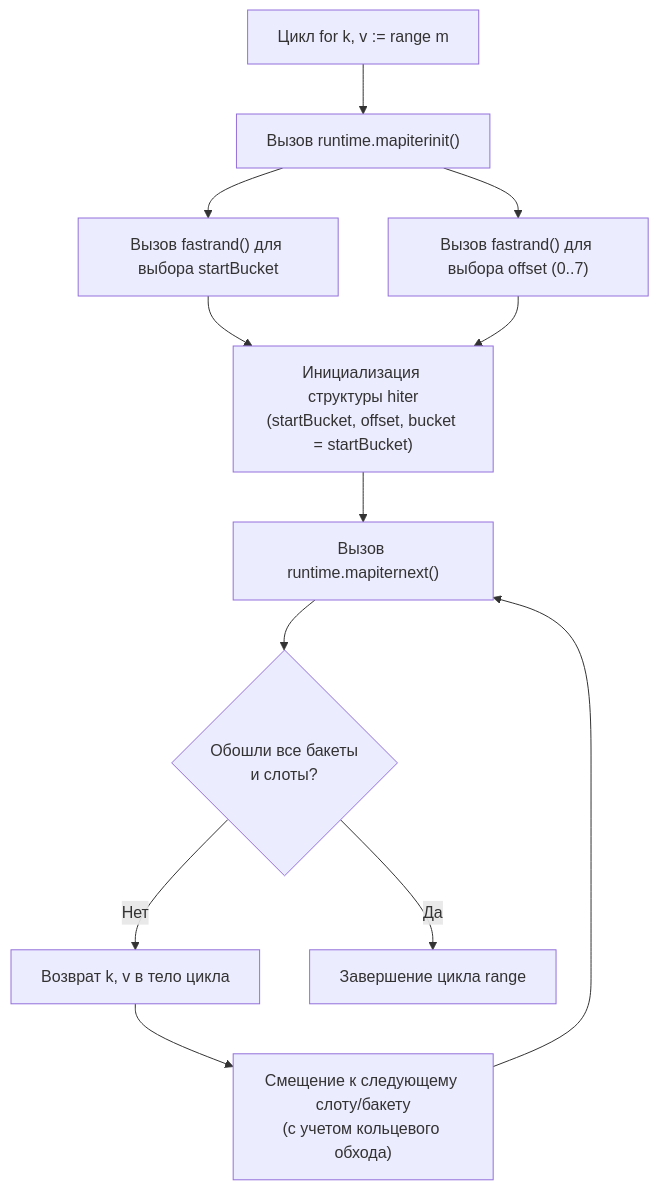
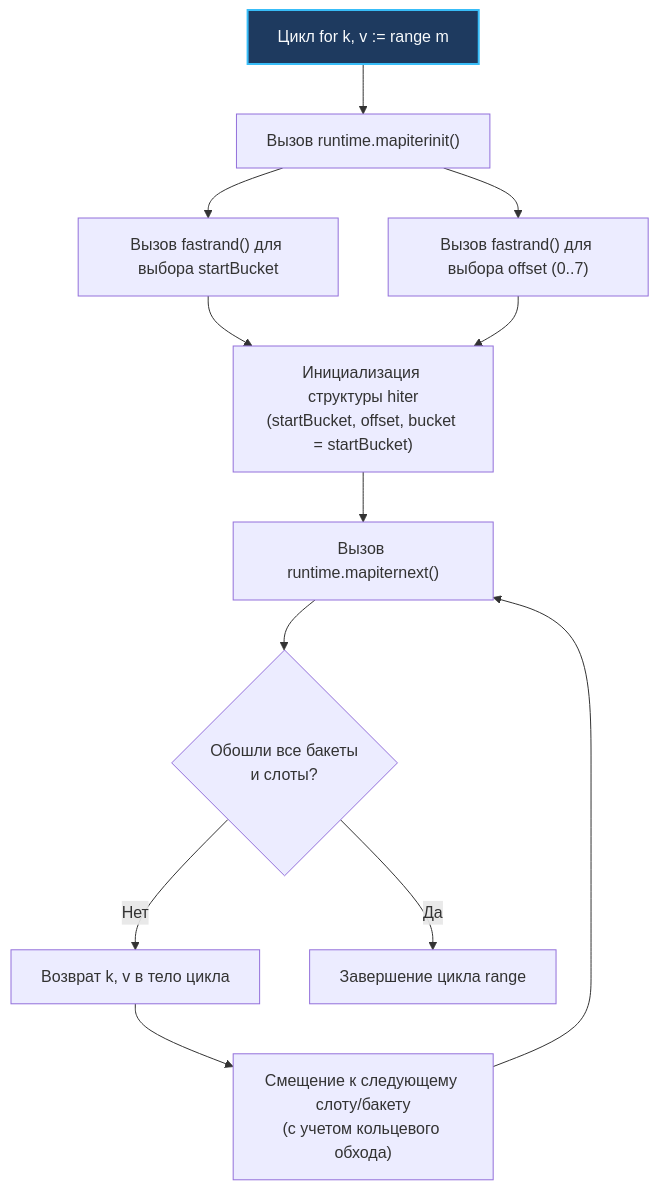
Before and after one commit to UnrealTemplier/go-textbook: the first of 2 diagrams in sources/7. Глубокий Go (Внутреннее устройство)/33. Почему iteration по map случайный.md, drawn with Mermaid. The commit also changed other lines of this file and 1666 other files, not shown here.

First line of the commit message:
feat(mermaid): add semantic color classDef to 1369 colorless flowchart/graph diagrams

````diff
--- a/sources/7. Глубокий Go (Внутреннее устройство)/33. Почему iteration по map случайный.md
+++ b/sources/7. Глубокий Go (Внутреннее устройство)/33. Почему iteration по map случайный.md
@@ -43,16 +43,26 @@
 ```mermaid
 flowchart TD
-    Start["Цикл for k, v := range m"] --> Init["Вызов runtime.mapiterinit()"]
+    classDef process  fill:#1e293b,stroke:#38bdf8,stroke-width:1px,color:#f8fafc
+    classDef success  fill:#064e3b,stroke:#34d399,stroke-width:1px,color:#f8fafc
+    classDef error    fill:#7f1d1d,stroke:#f87171,stroke-width:1px,color:#f8fafc
+    classDef warning  fill:#78350f,stroke:#fbbf24,stroke-width:1px,color:#f8fafc
+    classDef entry    fill:#1e3a5f,stroke:#38bdf8,stroke-width:2px,color:#f8fafc
+    classDef aux      fill:#334155,stroke:#64748b,stroke-width:1px,color:#f8fafc
+    classDef system   fill:#312e81,stroke:#a78bfa,stroke-width:1px,color:#f8fafc
+    classDef data     fill:#132d29,stroke:#2dd4bf,stroke-width:1px,color:#f8fafc
+    classDef network  fill:#881337,stroke:#fb7185,stroke-width:1px,color:#f8fafc
+    classDef accent   fill:#1e1b4b,stroke:#818cf8,stroke-width:1px,color:#f8fafc
+    Start["Цикл for k, v := range m"]:::entry --> Init["Вызов runtime.mapiterinit()"]
     Init --> R1["Вызов fastrand() для выбора startBucket"]
     Init --> R2["Вызов fastrand() для выбора offset (0..7)"]
     
     R1 --> SetHiter["Инициализация структуры hiter<br>(startBucket, offset, bucket = startBucket)"]
     R2 --> SetHiter
     
     SetHiter --> Loop["Вызов runtime.mapiternext()"]
     Loop --> CheckEnd{"Обошли все бакеты<br>и слоты?"}
     CheckEnd -- "Нет" --> Yield["Возврат k, v в тело цикла"]
     Yield --> NextSlot["Смещение к следующему слоту/бакету<br>(с учетом кольцевого обхода)"]
     NextSlot --> Loop
     CheckEnd -- "Да" --> Exit["Завершение цикла range"]
 ```
````
